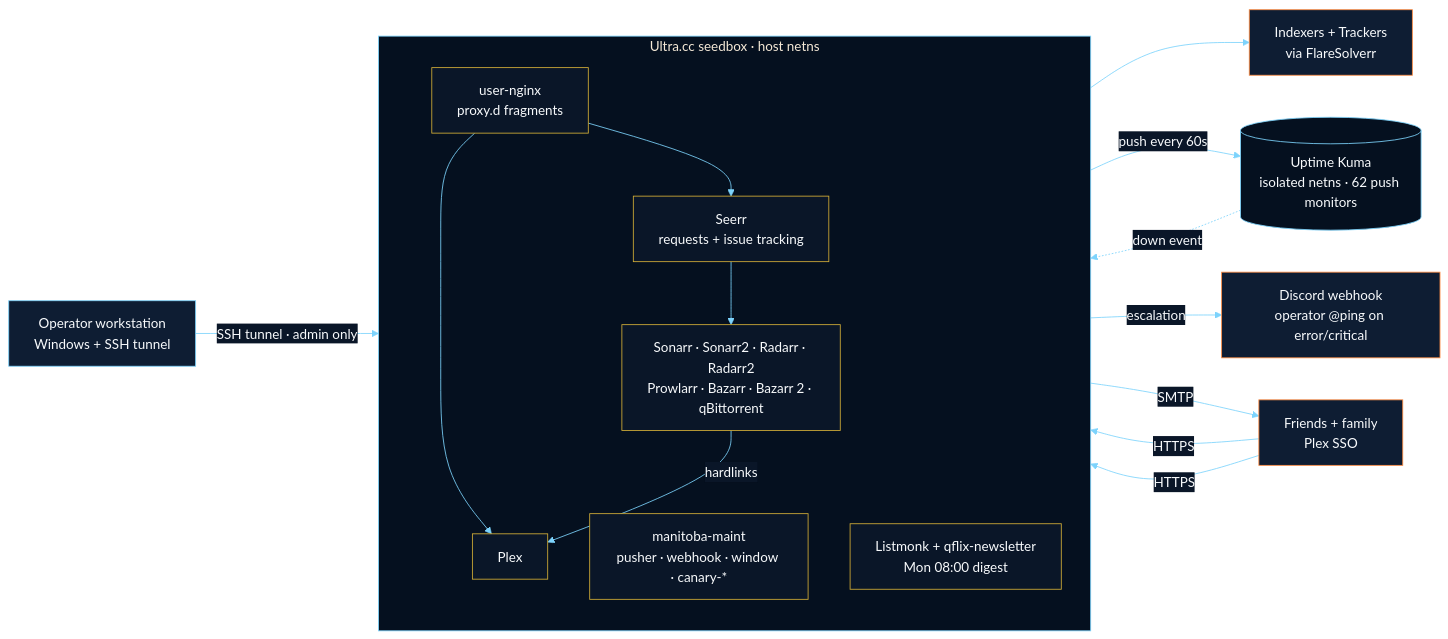
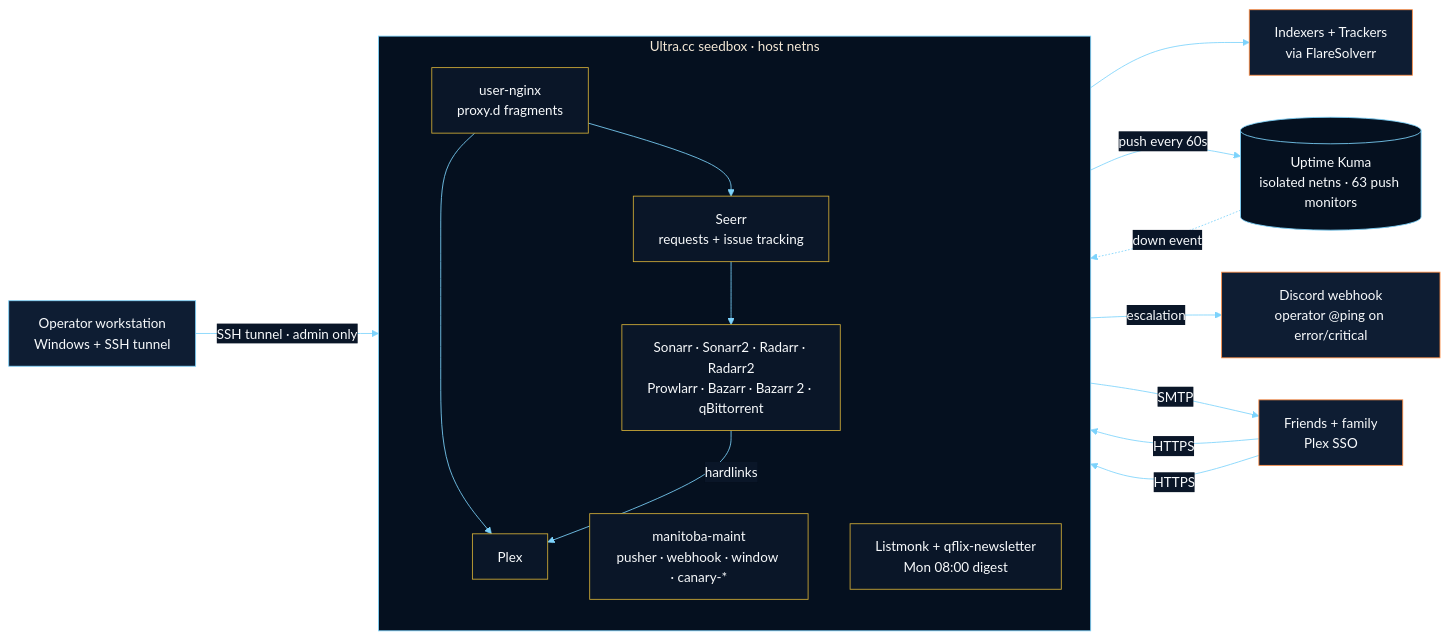
The first of 6 diagrams in README.md (Quadstronaut/QFlix), drawn with Mermaid before and after one commit. The commit also changed other lines of this file and 5 other files, not shown here.

````diff
--- a/README.md
+++ b/README.md
@@ -76,35 +76,35 @@
 ```mermaid
 %%{init: {'theme':'base','themeVariables':{'primaryColor':'#0e1d33','primaryTextColor':'#f8fafc','primaryBorderColor':'#ff8c42','lineColor':'#7dd3fc','secondaryColor':'#05101f','tertiaryColor':'#0a1628','clusterBkg':'#05101f','clusterBorder':'#7dd3fc','edgeLabelBackground':'#0a1628','fontFamily':'Segoe UI, Roboto, sans-serif'}}}%%
 flowchart LR
   classDef ext fill:#0e1d33,stroke:#ff8c42,color:#f8fafc
   classDef user fill:#0e1d33,stroke:#7dd3fc,color:#f8fafc
   classDef seedbox fill:#0a1628,stroke:#d4af37,color:#f8fafc
   classDef kuma fill:#05101f,stroke:#7dd3fc,color:#f8fafc
 
   user[Operator workstation<br/>Windows + SSH tunnel]:::user
   friends[Friends + family<br/>Plex SSO]:::ext
   ext[Indexers + Trackers<br/>via FlareSolverr]:::ext
 
   subgraph SB[Ultra.cc seedbox · host netns]
     direction TB
     nginx[user-nginx<br/>proxy.d fragments]:::seedbox
     plex[Plex]:::seedbox
     arr[Sonarr · Sonarr2 · Radarr · Radarr2<br/>Prowlarr · Bazarr · Bazarr 2 · qBittorrent]:::seedbox
     requests[Seerr<br/>requests + issue tracking]:::seedbox
     maint[manitoba-maint<br/>pusher · webhook · window · canary-*]:::seedbox
     comms[Listmonk + qflix-newsletter<br/>Mon 08:00 digest]:::seedbox
   end
 
-  kuma[(Uptime Kuma<br/>isolated netns · 62 push monitors)]:::kuma
+  kuma[(Uptime Kuma<br/>isolated netns · 63 push monitors)]:::kuma
   discord[Discord webhook<br/>operator @ping on error/critical]:::ext
 
   friends -->|HTTPS| nginx --> plex
   friends -->|HTTPS| nginx --> requests
   requests --> arr --> ext
   arr -->|hardlinks| plex
   user -->|SSH tunnel · admin only| arr
   maint -->|push every 60s| kuma
   kuma -.->|down event| maint
   maint -->|escalation| discord
   comms -->|SMTP| friends
 ```
````
